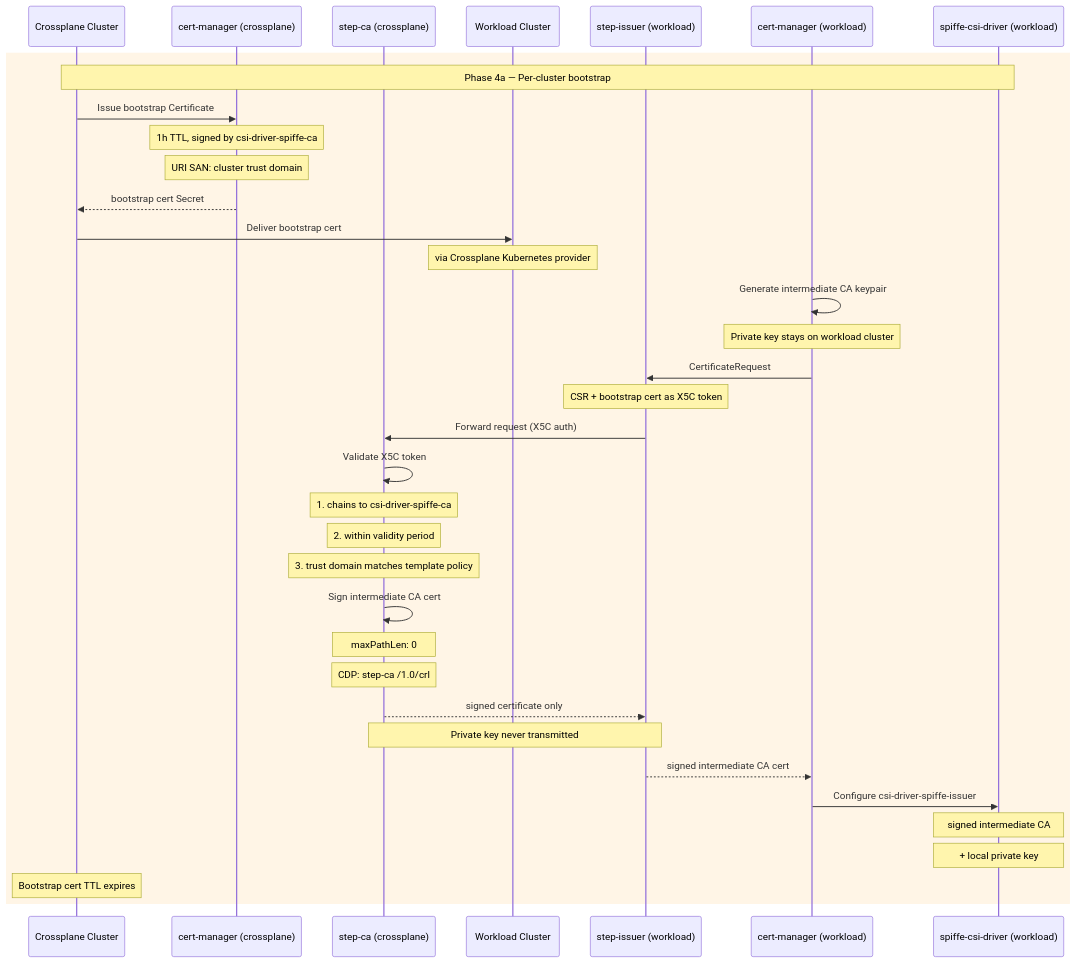
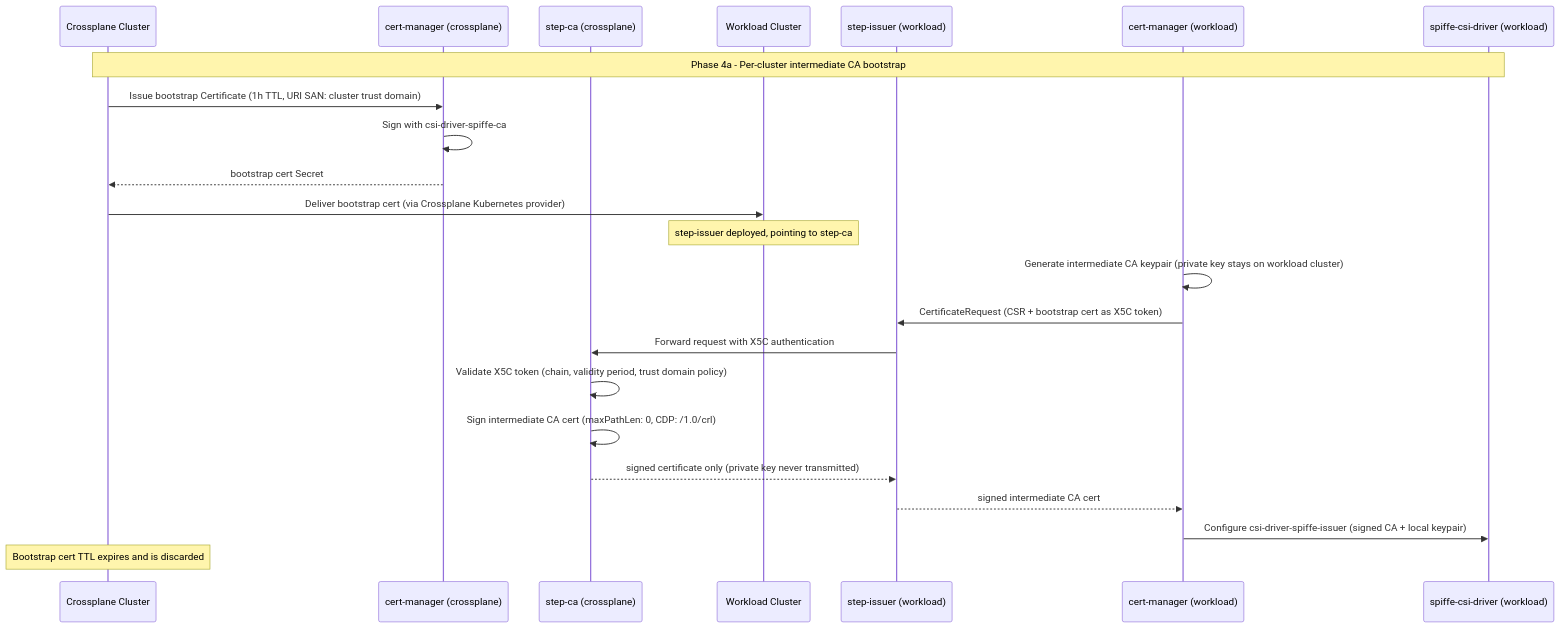
Before and after one commit to estenrye/flux-platform-src: the second of 3 diagrams in doc/adr/0007-crossplane-composition-for-externaldns-and-certmanager-iam-roles-anywhere.md, drawn with Mermaid. The commit also changed other lines of this file and 1 other file, not shown here.

Commit message:
Fix sequence diagram rendering

````diff
--- a/doc/adr/0007-crossplane-composition-for-externaldns-and-certmanager-iam-roles-anywhere.md
+++ b/doc/adr/0007-crossplane-composition-for-externaldns-and-certmanager-iam-roles-anywhere.md
@@ -968,39 +952,26 @@
 ```mermaid
 sequenceDiagram
     participant CP as Crossplane Cluster
     participant CM_CP as cert-manager (crossplane)
     participant StepCA as step-ca (crossplane)
     participant WC as Workload Cluster
     participant SI as step-issuer (workload)
     participant CM_WC as cert-manager (workload)
     participant CSI as spiffe-csi-driver (workload)
 
-    rect rgb(255, 245, 230)
-        Note over CP,CSI: Phase 4a — Per-cluster bootstrap
-        CP->>CM_CP: Issue bootstrap Certificate
-        Note over CM_CP: 1h TTL, signed by csi-driver-spiffe-ca
-        Note over CM_CP: URI SAN: cluster trust domain
-        CM_CP-->>CP: bootstrap cert Secret
-        CP->>WC: Deliver bootstrap cert
-        Note over WC: via Crossplane Kubernetes provider
-        CM_WC->>CM_WC: Generate intermediate CA keypair
-        Note over CM_WC: Private key stays on workload cluster
-        CM_WC->>SI: CertificateRequest
-        Note over SI: CSR + bootstrap cert as X5C token
-        SI->>StepCA: Forward request (X5C auth)
-        StepCA->>StepCA: Validate X5C token
-        Note over StepCA: 1. chains to csi-driver-spiffe-ca
-        Note over StepCA: 2. within validity period
-        Note over StepCA: 3. trust domain matches template policy
-        StepCA->>StepCA: Sign intermediate CA cert
-        Note over StepCA: maxPathLen: 0
-        Note over StepCA: CDP: step-ca /1.0/crl
-        StepCA-->>SI: signed certificate only
-        Note over StepCA,SI: Private key never transmitted
-        SI-->>CM_WC: signed intermediate CA cert
-        CM_WC->>CSI: Configure csi-driver-spiffe-issuer
-        Note over CSI: signed intermediate CA
-        Note over CSI: + local private key
-        Note over CP: Bootstrap cert TTL expires
-    end
+    Note over CP,CSI: Phase 4a - Per-cluster intermediate CA bootstrap
+    CP->>CM_CP: Issue bootstrap Certificate (1h TTL, URI SAN: cluster trust domain)
+    CM_CP->>CM_CP: Sign with csi-driver-spiffe-ca
+    CM_CP-->>CP: bootstrap cert Secret
+    CP->>WC: Deliver bootstrap cert (via Crossplane Kubernetes provider)
+    Note over WC: step-issuer deployed, pointing to step-ca
+    CM_WC->>CM_WC: Generate intermediate CA keypair (private key stays on workload cluster)
+    CM_WC->>SI: CertificateRequest (CSR + bootstrap cert as X5C token)
+    SI->>StepCA: Forward request with X5C authentication
+    StepCA->>StepCA: Validate X5C token (chain, validity period, trust domain policy)
+    StepCA->>StepCA: Sign intermediate CA cert (maxPathLen: 0, CDP: /1.0/crl)
+    StepCA-->>SI: signed certificate only (private key never transmitted)
+    SI-->>CM_WC: signed intermediate CA cert
+    CM_WC->>CSI: Configure csi-driver-spiffe-issuer (signed CA + local keypair)
+    Note over CP: Bootstrap cert TTL expires and is discarded
 ```
````
